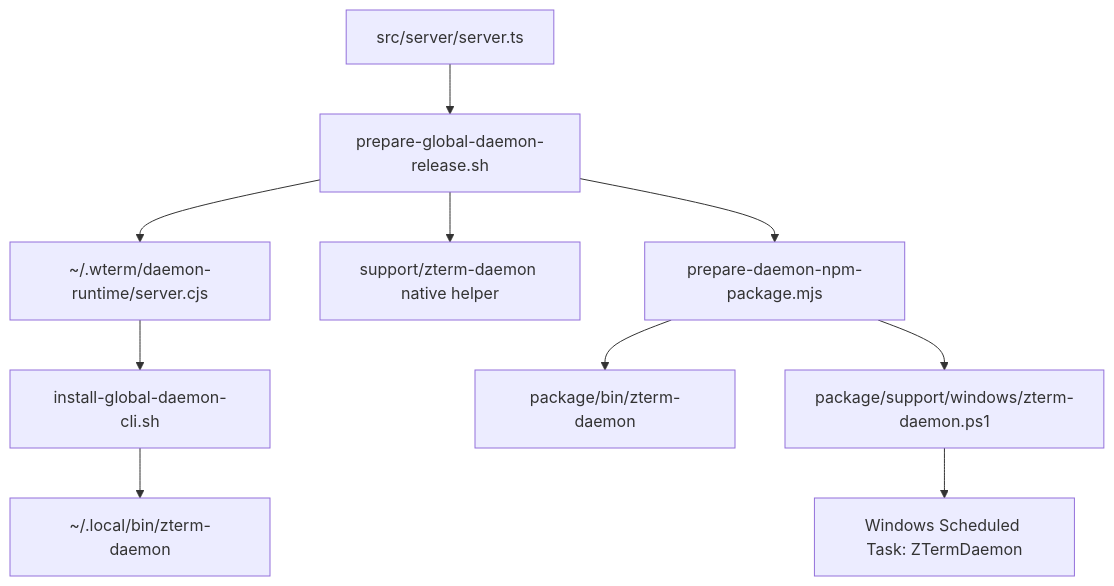
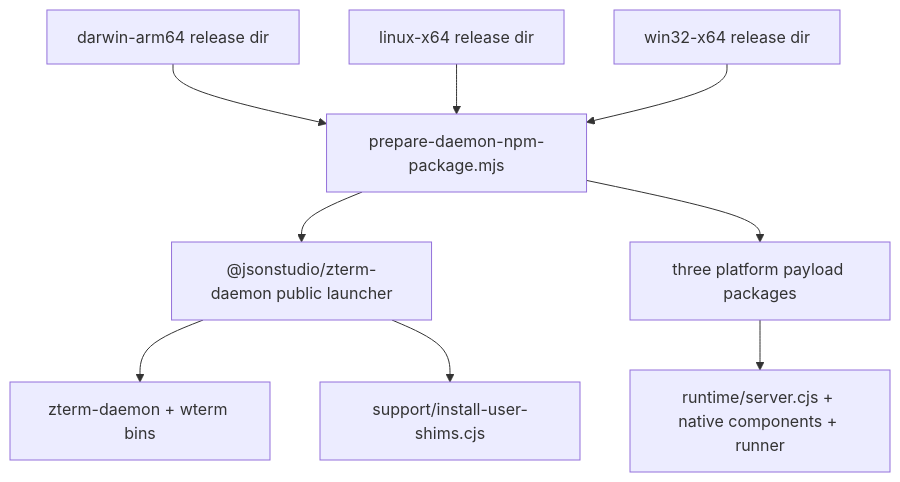
The diagram in android/docs/wiki/cli.md (Jasonzhangf/zterm), drawn with Mermaid before and after one commit. The commit also changed other lines of this file and 165 other files, not shown here.

Commit message:
feat(cli): add remote daemon client

````diff
--- a/android/docs/wiki/cli.md
+++ b/android/docs/wiki/cli.md
@@ -33,12 +73,11 @@
 ```mermaid
 flowchart TD
-  Source["src/server/server.ts"] --> Release["prepare-global-daemon-release.sh"]
-  Release --> Runtime["~/.wterm/daemon-runtime/server.cjs"]
-  Release --> Native["support/zterm-daemon native helper"]
-  Runtime --> Install["install-global-daemon-cli.sh"]
-  Install --> Bin["~/.local/bin/zterm-daemon"]
-  Release --> Npm["prepare-daemon-npm-package.mjs"]
-  Npm --> PackageBin["package/bin/zterm-daemon"]
-  Npm --> Windows["package/support/windows/zterm-daemon.ps1"]
-  Windows --> Task["Windows Scheduled Task: ZTermDaemon"]
+  Darwin["darwin-arm64 release dir"] --> Npm["prepare-daemon-npm-package.mjs"]
+  Linux["linux-x64 release dir"] --> Npm
+  Windows["win32-x64 release dir"] --> Npm
+  Npm --> Public["@jsonstudio/zterm-daemon public launcher"]
+  Npm --> Payload["three platform payload packages"]
+  Public --> PublicBin["zterm-daemon + wterm bins"]
+  Public --> Shim["support/install-user-shims.cjs"]
+  Payload --> Runtime["runtime/server.cjs + native components + runner"]
 ```
````
